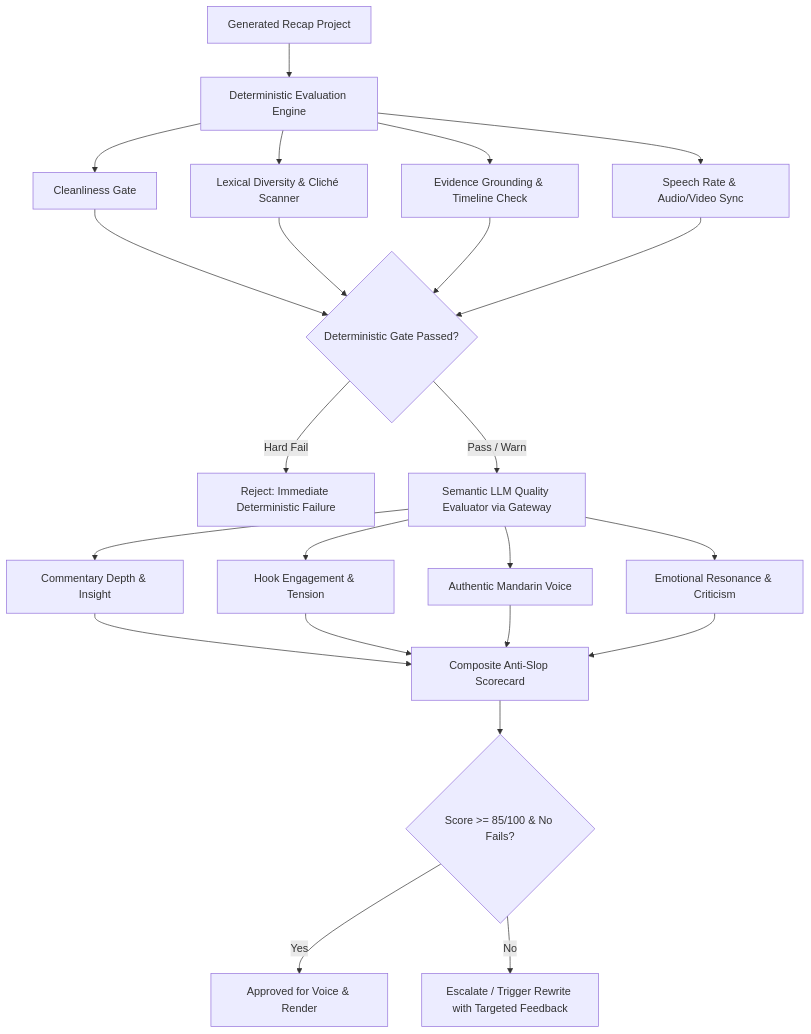
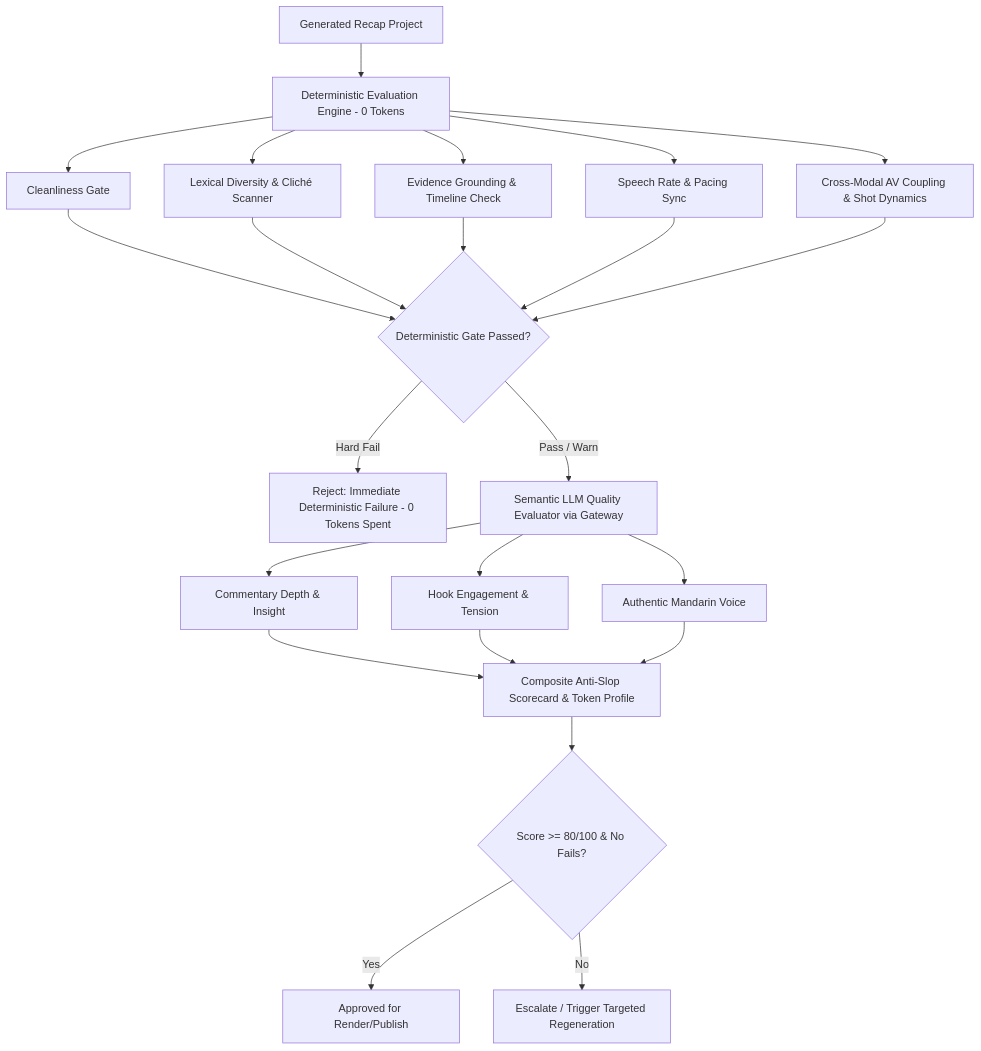
One commit to smartguan/movieRecap changed the diagram in docs/eval_spec.md. Above: the diagram before and after it, drawn with Mermaid. The commit also changed other lines of this file and 5 other files, not shown here.

Commit message:
feat(eval): add cross-modal AV coupling metric and per-evaluator token cost telemetry

````diff
--- a/docs/eval_spec.md
+++ b/docs/eval_spec.md
@@ -37,22 +41,22 @@
 ```mermaid
 graph TD
-    A[Generated Recap Project] --> B[Deterministic Evaluation Engine]
+    A[Generated Recap Project] --> B[Deterministic Evaluation Engine - 0 Tokens]
     B --> B1[Cleanliness Gate]
     B --> B2[Lexical Diversity & Cliché Scanner]
     B --> B3[Evidence Grounding & Timeline Check]
-    B --> B4[Speech Rate & Audio/Video Sync]
+    B --> B4[Speech Rate & Pacing Sync]
+    B --> B5[Cross-Modal AV Coupling & Shot Dynamics]
     
-    B1 & B2 & B3 & B4 --> C{Deterministic Gate Passed?}
-    C -- Hard Fail --> F[Reject: Immediate Deterministic Failure]
+    B1 & B2 & B3 & B4 & B5 --> C{Deterministic Gate Passed?}
+    C -- Hard Fail --> F[Reject: Immediate Deterministic Failure - 0 Tokens Spent]
     C -- Pass / Warn --> D[Semantic LLM Quality Evaluator via Gateway]
     
     D --> D1[Commentary Depth & Insight]
     D --> D2[Hook Engagement & Tension]
     D --> D3[Authentic Mandarin Voice]
-    D --> D4[Emotional Resonance & Criticism]
     
-    D1 & D2 & D3 & D4 --> E[Composite Anti-Slop Scorecard]
-    E --> G{Score >= 85/100 & No Fails?}
-    G -- Yes --> H[Approved for Voice & Render]
-    G -- No --> I[Escalate / Trigger Rewrite with Targeted Feedback]
+    D1 & D2 & D3 --> E[Composite Anti-Slop Scorecard & Token Profile]
+    E --> G{Score >= 80/100 & No Fails?}
+    G -- Yes --> H[Approved for Render/Publish]
+    G -- No --> I[Escalate / Trigger Targeted Regeneration]
 ```
````
